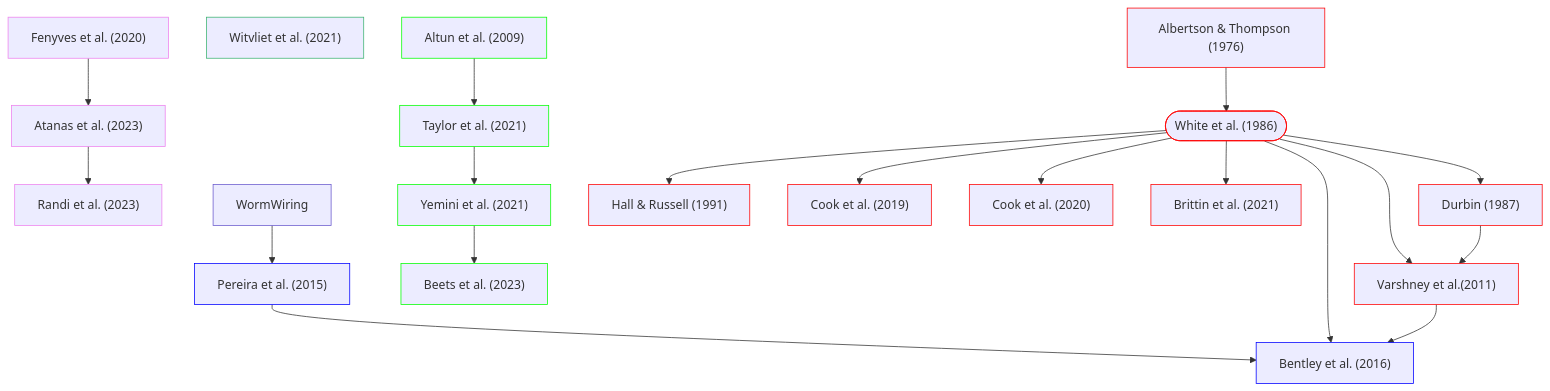
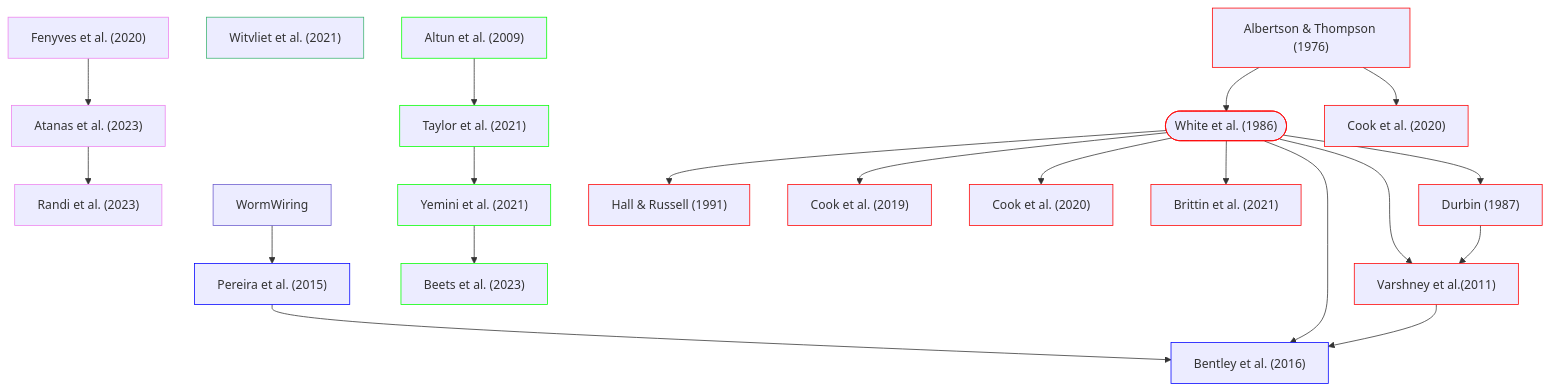
The diagram in README.md (yasinthanvickneswaran/mermaidtest), drawn with Mermaid before and after one commit.

````diff
--- a/README.md
+++ b/README.md
@@ -1,31 +1,32 @@
 ```mermaid
 flowchart TD
     classDef anat stroke:#f00
     classDef gene stroke:#0f0
     classDef es stroke:#00f
     classDef func stroke:#ee82ee
     classDef dev stroke:#3cb371
     classDef db stroke:#6a5acd
 
     H["Fenyves et al. (2020)"]:::func --> O["Atanas et al. (2023)"]:::func
     O --> P["Randi et al. (2023)"]:::func    
     K["Witvliet et al. (2021)"]:::dev
     E["Pereira et al. (2015)"]:::es --> F["Bentley et al. (2016)"]:::es
 
     C["Altun et al. (2009)"]:::gene --> L["Taylor et al. (2021)"]:::gene
     L --> M["Yemini et al. (2021)"]:::gene
     M --> N["Beets et al. (2023)"]:::gene
 
     A(["White et al. (1986)"]):::anat --> B["Durbin (1987)"]:::anat
     A1["Albertson & Thompson (1976)"]:::anat --> A
+    A1 --> P1["Cook et al. (2020)"]:::anat
     A  --> A2["Hall & Russell (1991)"]:::anat
     A --> D["Varshney et al.(2011)"]:::anat
     B --> D
     A --> G["Cook et al. (2019)"]:::anat
     A --> I["Cook et al. (2020)"]:::anat
     A --> J["Brittin et al. (2021)"]:::anat
     A --> F
     D --> F
     DB1["WormWiring"]:::db --> E
 
 ```
````
